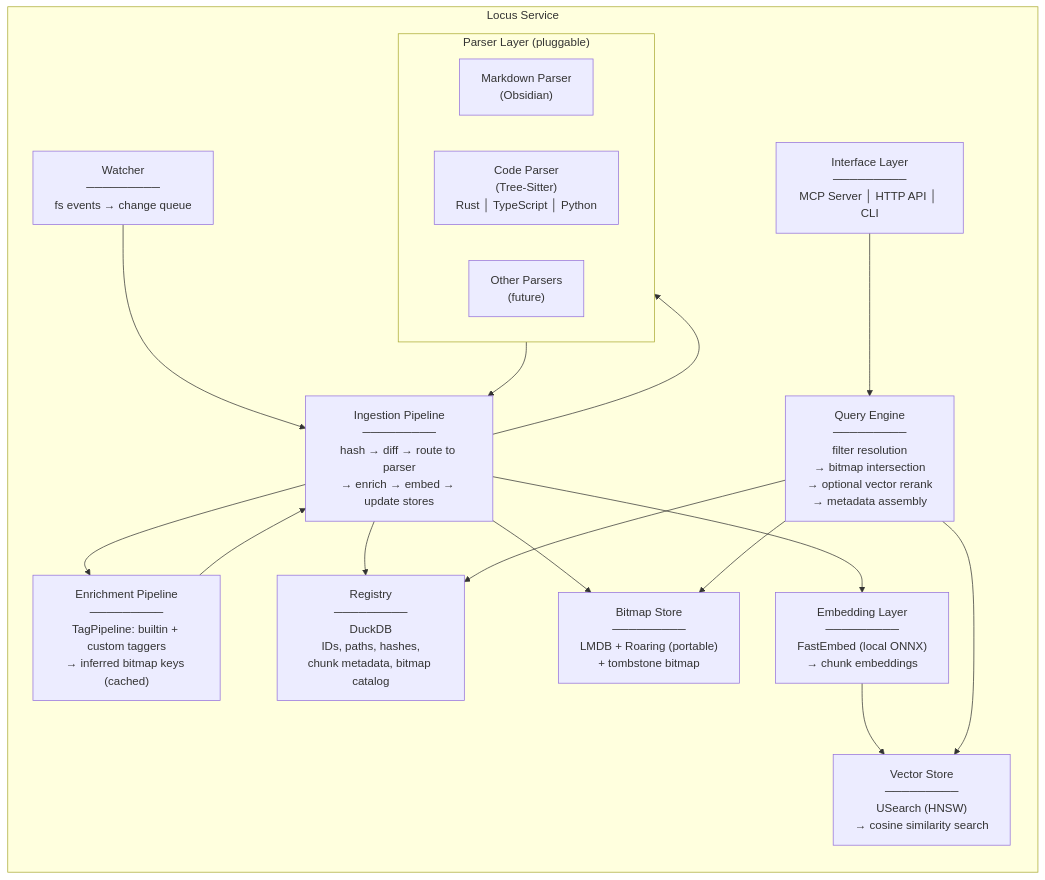
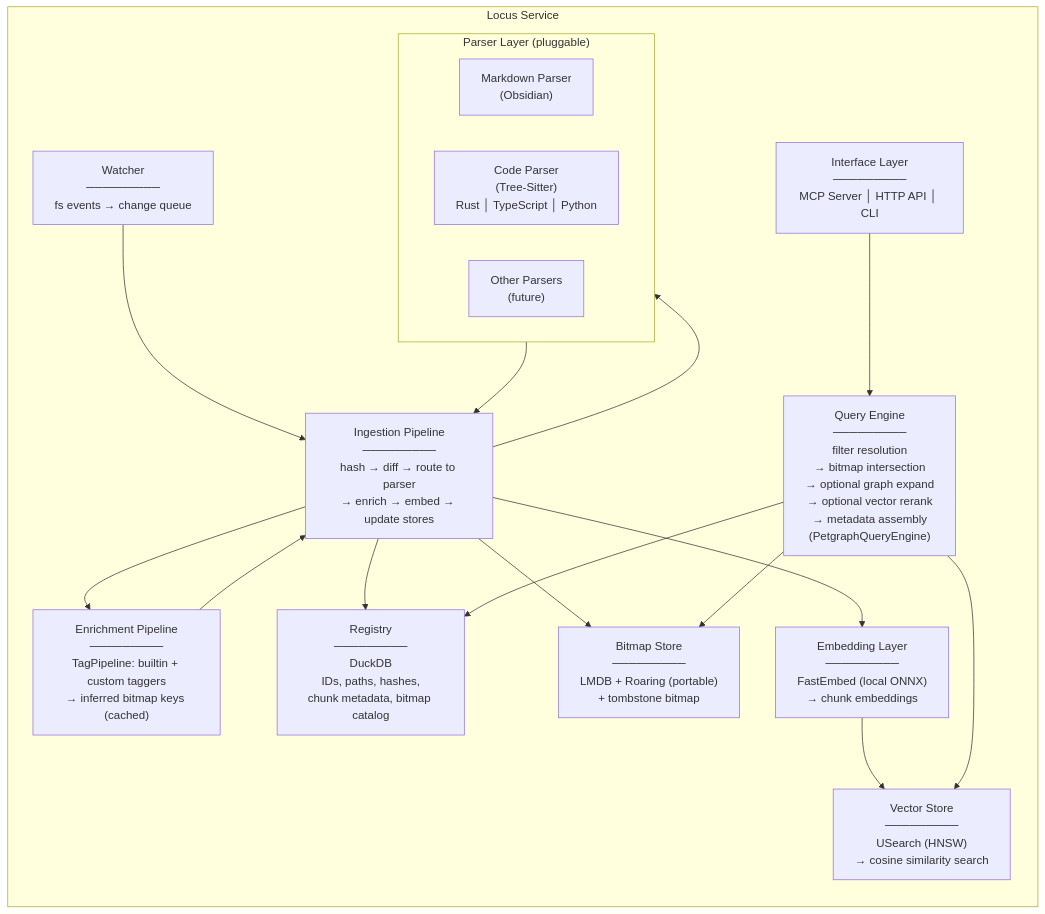
One commit to locusd-ai/locus changed the second of 10 diagrams in docs/architecture/001-system-overview.md. Above: the diagram before and after it, drawn with Mermaid. The commit also changed other lines of this file and 1 other file, not shown here.

First line of the commit message:
docs(arch): add graph layer to system overview and contracts

````diff
--- a/docs/architecture/001-system-overview.md
+++ b/docs/architecture/001-system-overview.md
@@ -62,44 +62,44 @@
 ```mermaid
 graph TB
     subgraph BIEM["Locus Service"]
         direction TB
 
         WATCH["Watcher<br/>─────────<br/>fs events → change queue"]
 
         subgraph Parsing["Parser Layer (pluggable)"]
             P_MD["Markdown Parser<br/>(Obsidian)"]
             P_CODE["Code Parser<br/>(Tree-Sitter)<br/>Rust │ TypeScript │ Python"]
             P_OTHER["Other Parsers<br/>(future)"]
         end
 
         ENRICH["Enrichment Pipeline<br/>─────────<br/>TagPipeline: builtin + custom taggers<br/>→ inferred bitmap keys (cached)"]
 
         INGEST["Ingestion Pipeline<br/>─────────<br/>hash → diff → route to parser<br/>→ enrich → embed → update stores"]
 
         BITMAP["Bitmap Store<br/>─────────<br/>LMDB + Roaring (portable)<br/>+ tombstone bitmap"]
 
         REG["Registry<br/>─────────<br/>DuckDB<br/>IDs, paths, hashes,<br/>chunk metadata, bitmap catalog"]
 
         EMBED["Embedding Layer<br/>─────────<br/>FastEmbed (local ONNX)<br/>→ chunk embeddings"]
 
         VECTOR["Vector Store<br/>─────────<br/>USearch (HNSW)<br/>→ cosine similarity search"]
 
-        QUERY["Query Engine<br/>─────────<br/>filter resolution<br/>→ bitmap intersection<br/>→ optional vector rerank<br/>→ metadata assembly"]
+        QUERY["Query Engine<br/>─────────<br/>filter resolution<br/>→ bitmap intersection<br/>→ optional graph expand<br/>→ optional vector rerank<br/>→ metadata assembly<br/>(PetgraphQueryEngine)"]
 
         IFACE["Interface Layer<br/>─────────<br/>MCP Server │ HTTP API │ CLI"]
     end
 
     WATCH --> INGEST
     INGEST --> Parsing
     Parsing --> INGEST
     INGEST --> ENRICH
     ENRICH --> INGEST
     INGEST --> REG
     INGEST --> BITMAP
     INGEST --> EMBED
     EMBED --> VECTOR
     IFACE --> QUERY
     QUERY --> BITMAP
     QUERY --> REG
     QUERY --> VECTOR
 ```
````
